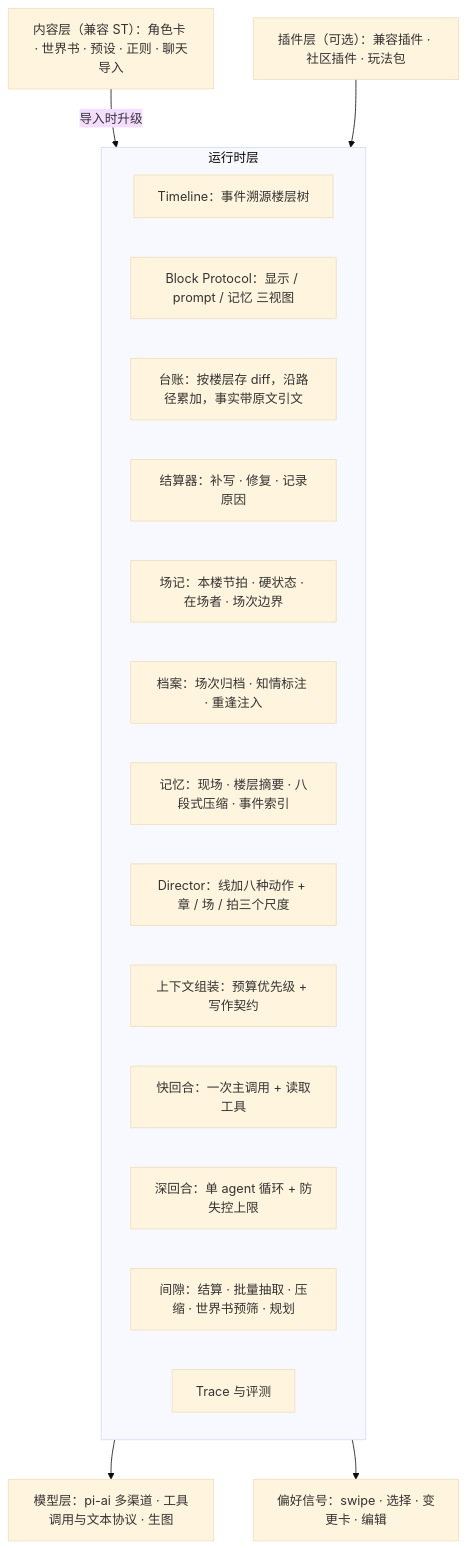
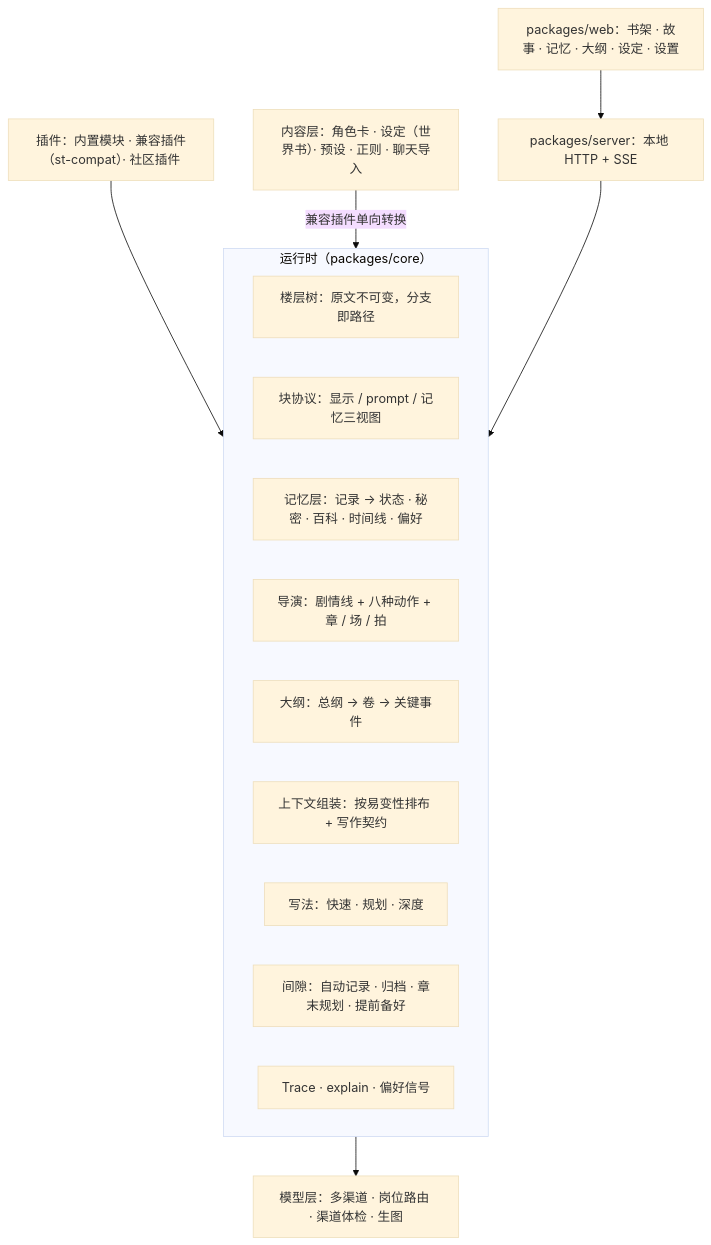
The diagram in docs/DESIGN.md (Theater-ahyeon/Dramaticer), drawn with Mermaid (base theme) before and after one commit. The commit also changed other lines of this file and 34 other files, not shown here.

````diff
--- a/docs/DESIGN.md
+++ b/docs/DESIGN.md
@@ -71,24 +52,20 @@
 ```mermaid
 flowchart TB
-    content["内容层（兼容 ST）：角色卡 · 世界书 · 预设 · 正则 · 聊天导入"]
-    subgraph runtime["运行时层"]
-        timeline["Timeline：事件溯源楼层树"]
-        blocks["Block Protocol：显示 / prompt / 记忆 三视图"]
-        ledger["台账：按楼层存 diff，沿路径累加，事实带原文引文"]
-        settler["结算器：补写 · 修复 · 记录原因"]
-        scene["场记：本楼节拍 · 硬状态 · 在场者 · 场次边界"]
-        archive["档案：场次归档 · 知情标注 · 重逢注入"]
-        memory["记忆：现场 · 楼层摘要 · 八段式压缩 · 事件索引"]
-        director["Director：线加八种动作 + 章 / 场 / 拍三个尺度"]
-        context["上下文组装：预算优先级 + 写作契约"]
-        fast["快回合：一次主调用 + 读取工具"]
-        deep["深回合：单 agent 循环 + 防失控上限"]
-        gap["间隙：结算 · 批量抽取 · 压缩 · 世界书预筛 · 规划"]
-        trace["Trace 与评测"]
+    content["内容层：角色卡 · 设定（世界书）· 预设 · 正则 · 聊天导入"]
+    subgraph runtime["运行时（packages/core）"]
+        tree["楼层树：原文不可变，分支即路径"]
+        blocks["块协议：显示 / prompt / 记忆三视图"]
+        memory["记忆层：记录 → 状态 · 秘密 · 百科 · 时间线 · 偏好"]
+        director["导演：剧情线 + 八种动作 + 章 / 场 / 拍"]
+        outline["大纲：总纲 → 卷 → 关键事件"]
+        context["上下文组装：按易变性排布 + 写作契约"]
+        modes["写法：快速 · 规划 · 深度"]
+        gap["间隙：自动记录 · 归档 · 章末规划 · 提前备好"]
+        trace["Trace · explain · 偏好信号"]
     end
-    models["模型层：pi-ai 多渠道 · 工具调用与文本协议 · 生图"]
-    content -->|导入时升级| runtime
-    plugins["插件层（可选）：兼容插件 · 社区插件 · 玩法包"] --> runtime
-    runtime --> models
-    runtime --> preferences["偏好信号：swipe · 选择 · 变更卡 · 编辑"]
+    plugins["插件：内置模块 · 兼容插件（st-compat）· 社区插件"] --> runtime
+    content -->|兼容插件单向转换| runtime
+    runtime --> models["模型层：多渠道 · 岗位路由 · 渠道体检 · 生图"]
+    server["packages/server：本地 HTTP + SSE"] --> runtime
+    web["packages/web：书架 · 故事 · 记忆 · 大纲 · 设定 · 设置"] --> server
 ```
````
